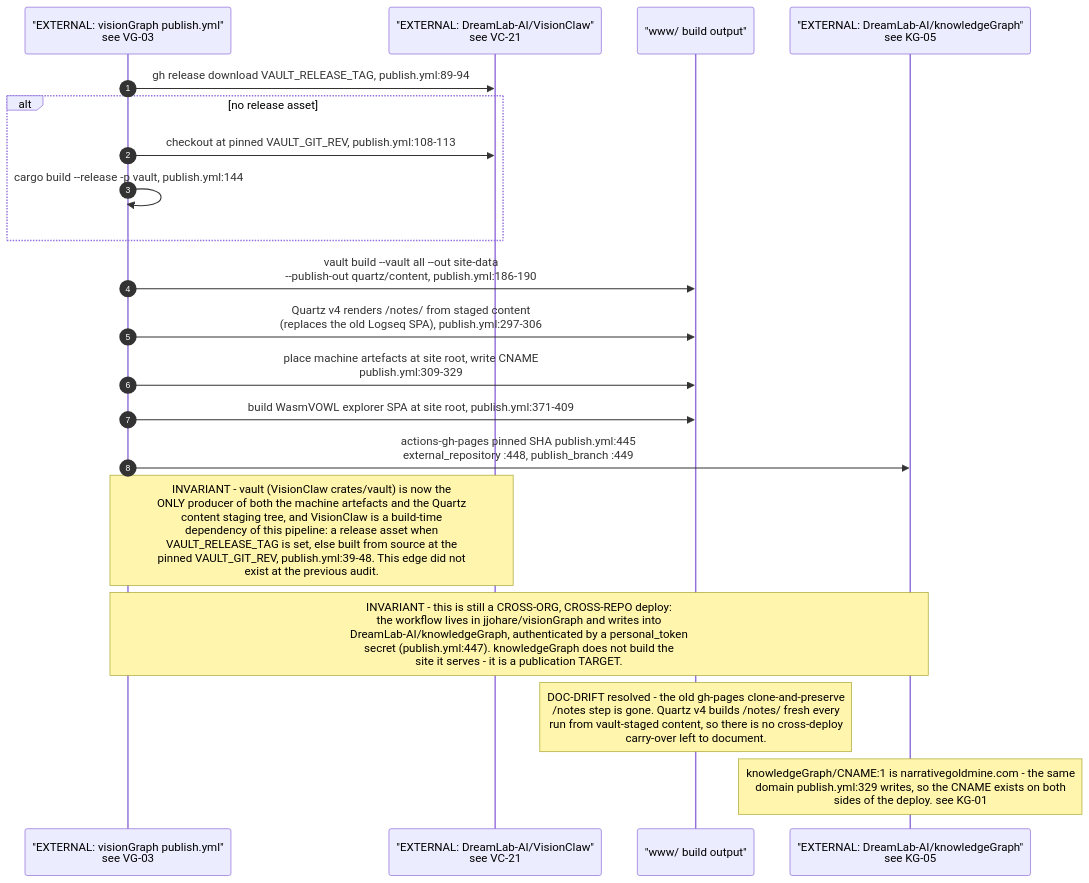
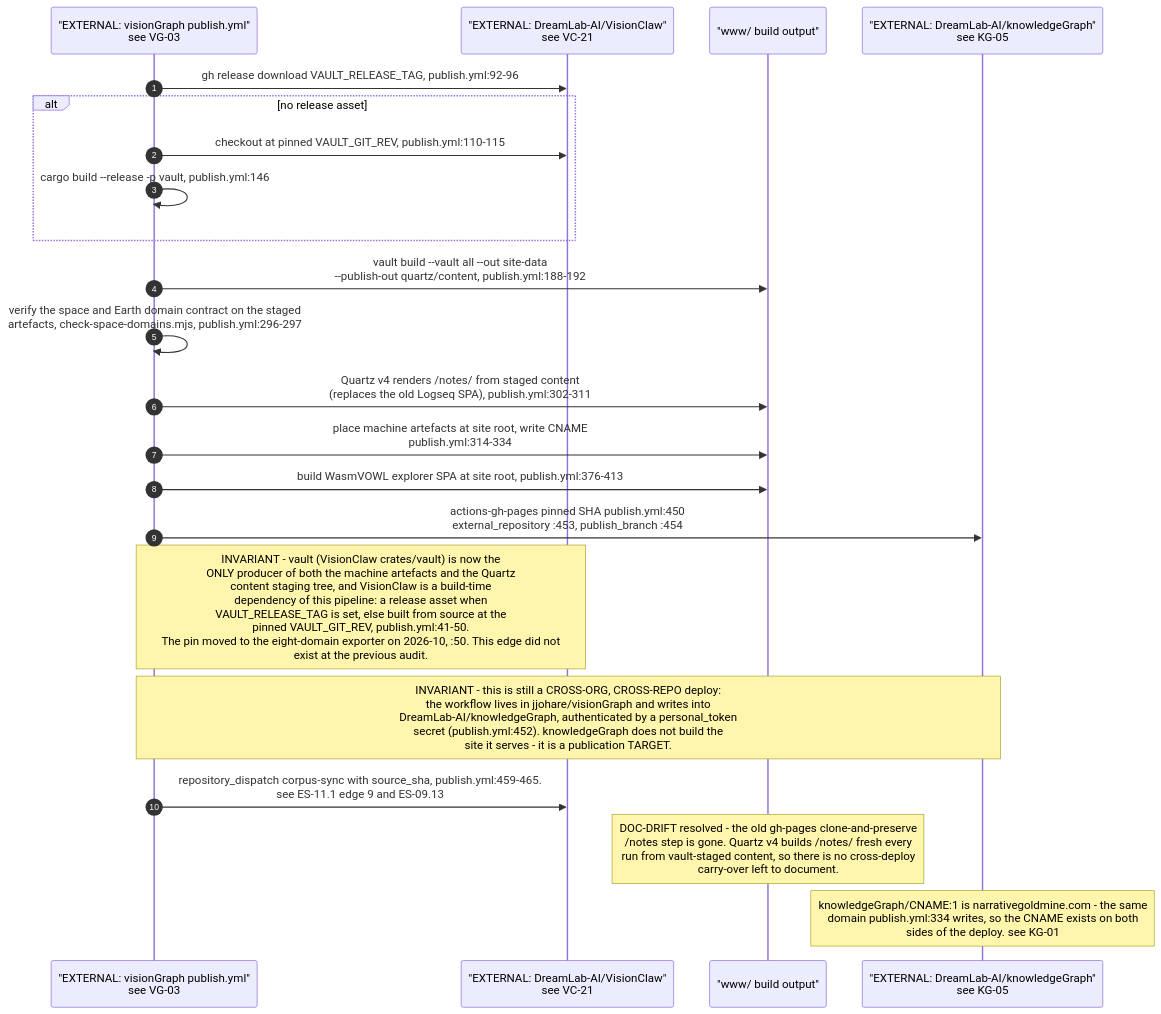
One commit to DreamLab-AI/VisionFlow changed the second of 5 diagrams in docs/diagrams/estate/11-publishing-axis.md. Above: the diagram before and after it, drawn with Mermaid. The commit also changed other lines of this file and 94 other files, not shown here.

First line of the commit message:
docs(diagrams): re-verify 130 topics against 2 October HEADs

````diff
--- a/docs/diagrams/estate/11-publishing-axis.md
+++ b/docs/diagrams/estate/11-publishing-axis.md
@@ -66,23 +66,25 @@
 ```mermaid
 sequenceDiagram
     autonumber
     participant VG as "EXTERNAL: visionGraph publish.yml"<br/>see VG-03
     participant VC as "EXTERNAL: DreamLab-AI/VisionClaw"<br/>see VC-21
     participant WWW as "www/ build output"
     participant KG as "EXTERNAL: DreamLab-AI/knowledgeGraph"<br/>see KG-05
 
-    VG->>VC: gh release download VAULT_RELEASE_TAG, publish.yml:89-94
+    VG->>VC: gh release download VAULT_RELEASE_TAG, publish.yml:92-96
     alt no release asset
-        VG->>VC: checkout at pinned VAULT_GIT_REV, publish.yml:108-113
-        VG->>VG: cargo build --release -p vault, publish.yml:144
+        VG->>VC: checkout at pinned VAULT_GIT_REV, publish.yml:110-115
+        VG->>VG: cargo build --release -p vault, publish.yml:146
     end
-    VG->>WWW: vault build --vault all --out site-data<br/>--publish-out quartz/content, publish.yml:186-190
-    VG->>WWW: Quartz v4 renders /notes/ from staged content<br/>(replaces the old Logseq SPA), publish.yml:297-306
-    VG->>WWW: place machine artefacts at site root, write CNAME<br/>publish.yml:309-329
-    VG->>WWW: build WasmVOWL explorer SPA at site root, publish.yml:371-409
-    VG->>KG: actions-gh-pages pinned SHA publish.yml:445<br/>external_repository :448, publish_branch :449
-    Note over VG,VC: INVARIANT - vault (VisionClaw crates/vault) is now the<br/>ONLY producer of both the machine artefacts and the Quartz<br/>content staging tree, and VisionClaw is a build-time<br/>dependency of this pipeline: a release asset when<br/>VAULT_RELEASE_TAG is set, else built from source at the<br/>pinned VAULT_GIT_REV, publish.yml:39-48. This edge did not<br/>exist at the previous audit.
-    Note over VG,KG: INVARIANT - this is still a CROSS-ORG, CROSS-REPO deploy:<br/>the workflow lives in jjohare/visionGraph and writes into<br/>DreamLab-AI/knowledgeGraph, authenticated by a personal_token<br/>secret (publish.yml:447). knowledgeGraph does not build the<br/>site it serves - it is a publication TARGET.
+    VG->>WWW: vault build --vault all --out site-data<br/>--publish-out quartz/content, publish.yml:188-192
+    VG->>VG: verify the space and Earth domain contract on the staged<br/>artefacts, check-space-domains.mjs, publish.yml:296-297
+    VG->>WWW: Quartz v4 renders /notes/ from staged content<br/>(replaces the old Logseq SPA), publish.yml:302-311
+    VG->>WWW: place machine artefacts at site root, write CNAME<br/>publish.yml:314-334
+    VG->>WWW: build WasmVOWL explorer SPA at site root, publish.yml:376-413
+    VG->>KG: actions-gh-pages pinned SHA publish.yml:450<br/>external_repository :453, publish_branch :454
+    Note over VG,VC: INVARIANT - vault (VisionClaw crates/vault) is now the<br/>ONLY producer of both the machine artefacts and the Quartz<br/>content staging tree, and VisionClaw is a build-time<br/>dependency of this pipeline: a release asset when<br/>VAULT_RELEASE_TAG is set, else built from source at the<br/>pinned VAULT_GIT_REV, publish.yml:41-50.<br/>The pin moved to the eight-domain exporter on 2026-10, :50. This edge did not<br/>exist at the previous audit.
+    Note over VG,KG: INVARIANT - this is still a CROSS-ORG, CROSS-REPO deploy:<br/>the workflow lives in jjohare/visionGraph and writes into<br/>DreamLab-AI/knowledgeGraph, authenticated by a personal_token<br/>secret (publish.yml:452). knowledgeGraph does not build the<br/>site it serves - it is a publication TARGET.
+    VG->>VC: repository_dispatch corpus-sync with source_sha, publish.yml:459-465.<br/>see ES-11.1 edge 9 and ES-09.13
     Note over WWW: DOC-DRIFT resolved - the old gh-pages clone-and-preserve<br/>/notes step is gone. Quartz v4 builds /notes/ fresh every<br/>run from vault-staged content, so there is no cross-deploy<br/>carry-over left to document.
-    Note over KG: knowledgeGraph/CNAME:1 is narrativegoldmine.com - the same<br/>domain publish.yml:329 writes, so the CNAME exists on both<br/>sides of the deploy. see KG-01
+    Note over KG: knowledgeGraph/CNAME:1 is narrativegoldmine.com - the same<br/>domain publish.yml:334 writes, so the CNAME exists on both<br/>sides of the deploy. see KG-01
 ```
````
